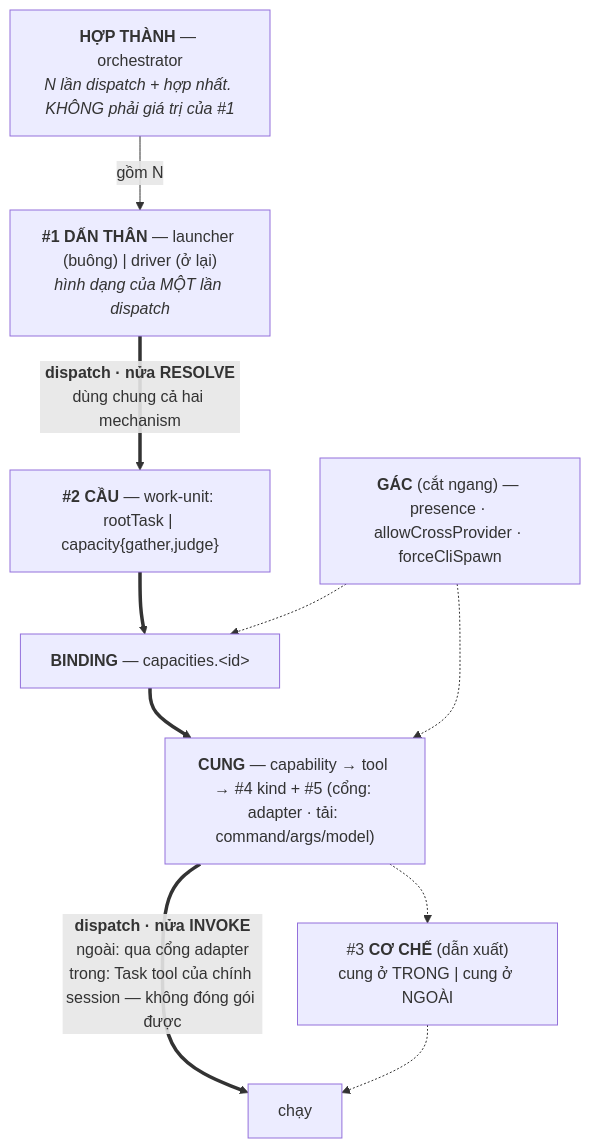
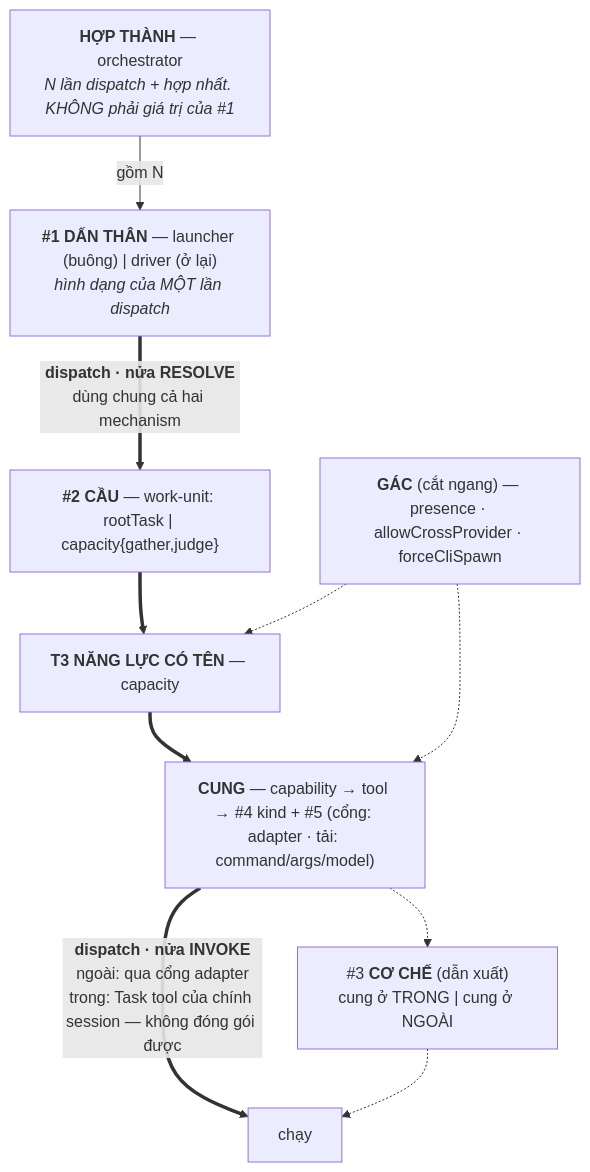
The first of 3 diagrams in docs/history/dispatch-concept-boundary/DISCUSSION.md (vantt/forgent), drawn with Mermaid before and after one commit. The commit also changed other lines of this file, not shown here.

````diff
--- a/docs/history/dispatch-concept-boundary/DISCUSSION.md
+++ b/docs/history/dispatch-concept-boundary/DISCUSSION.md
@@ -469,22 +470,22 @@
 ```mermaid
 flowchart TB
     ORCH["<b>HỢP THÀNH</b> — orchestrator<br/><i>N lần dispatch + hợp nhất. KHÔNG phải giá trị của #1</i>"]
     ENG["<b>#1 DẤN THÂN</b> — launcher (buông) | driver (ở lại)<br/><i>hình dạng của MỘT lần dispatch</i>"]
     DEM["<b>#2 CẦU</b> — work-unit: rootTask | capacity{gather,judge}"]
-    BIND["<b>BINDING</b> — capacities.&lt;id&gt;"]
+    BIND["<b>T3 NĂNG LỰC CÓ TÊN</b> — capacity"]
     SUP["<b>CUNG</b> — capability → tool → #4 kind + #5 (cổng: adapter · tải: command/args/model)"]
 
     ORCH -->|"gồm N"| ENG
     ENG ==>|"<b>dispatch · nửa RESOLVE</b><br/>dùng chung cả hai mechanism"| DEM
     DEM ==> BIND
     BIND ==> SUP
     SUP ==>|"<b>dispatch · nửa INVOKE</b><br/>ngoài: qua cổng adapter<br/>trong: Task tool của chính session — không đóng gói được"| RUN["chạy"]
 
     MECH["#3 <b>CƠ CHẾ</b> (dẫn xuất)<br/>cung ở TRONG | cung ở NGOÀI"]
     SUP -.-> MECH
     MECH -.-> RUN
 
     GOV["<b>GÁC</b> (cắt ngang) — presence · allowCrossProvider · forceCliSpawn"]
     GOV -.-> BIND
     GOV -.-> SUP
 ```
````
